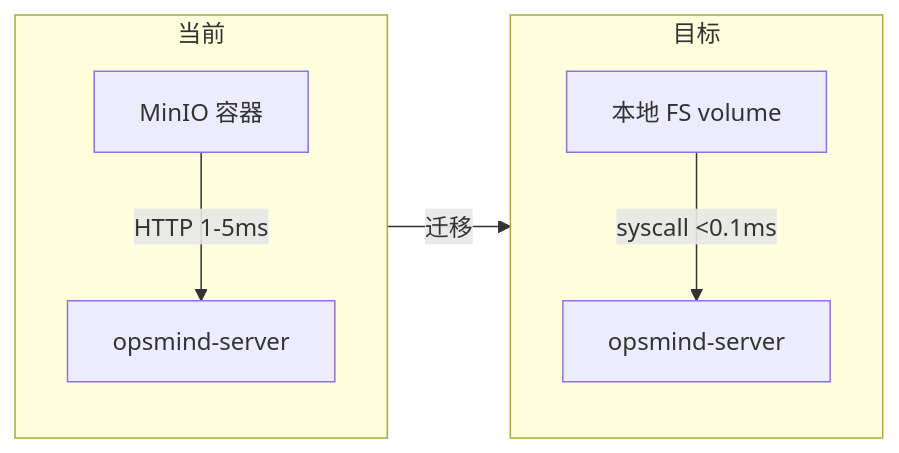
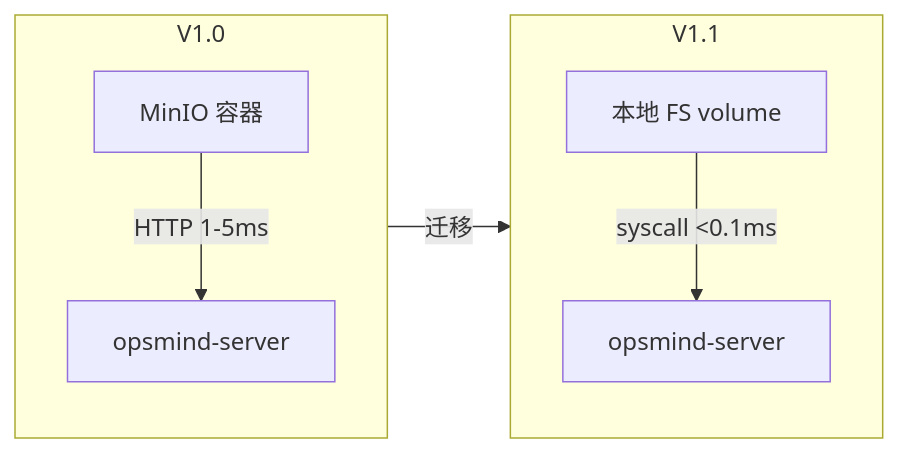
The third of 9 diagrams in docs/ROADMAP.md (int2t05/Cognik), drawn with Mermaid before and after one commit. The commit also changed other lines of this file and 79 other files, not shown here.

First line of the commit message:
docs: ROADMAP 细化 V1.1-V1.4 版本规划 (#15)

````diff
--- a/docs/ROADMAP.md
+++ b/docs/ROADMAP.md
@@ -76,10 +98,10 @@
 ```mermaid
 flowchart LR
-    subgraph 当前["当前"]
+    subgraph 当前["V1.0"]
         S1["MinIO 容器"] -->|"HTTP 1-5ms"| APP1["opsmind-server"]
     end
-    subgraph 目标["目标"]
+    subgraph 目标["V1.1"]
         S2["本地 FS volume"] -->|"syscall <0.1ms"| APP2["opsmind-server"]
     end
     当前 -->|迁移| 目标
 ```
````
